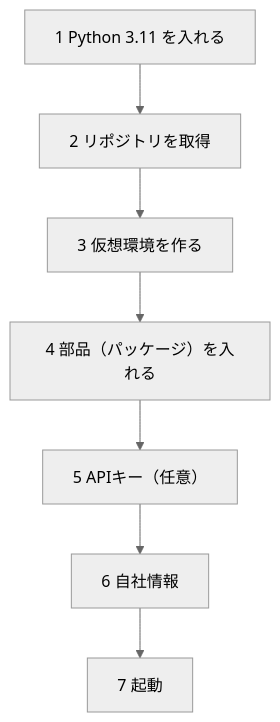
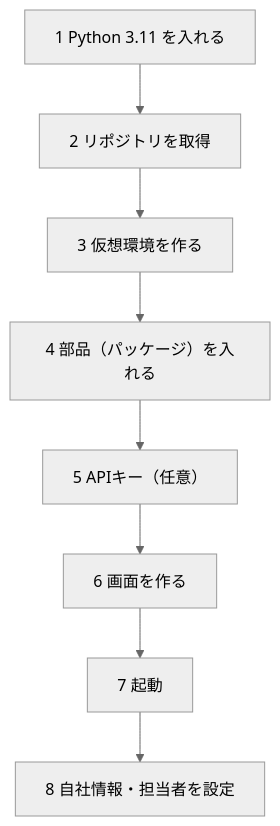
The first of 2 diagrams in docs/04_操作マニュアル.md (1975020t/step_analysis_for_automatic-estimate), drawn with Mermaid (neutral theme) before and after one commit. The commit also changed other lines of this file and 40 other files, not shown here.

````diff
--- a/docs/04_操作マニュアル.md
+++ b/docs/04_操作マニュアル.md
@@ -27,9 +31,10 @@
 ```mermaid 図 セットアップの流れ（最初に1回だけ）
 flowchart TD
   a[1 Python 3.11 を入れる] --> b[2 リポジトリを取得]
   b --> c[3 仮想環境を作る]
   c --> d[4 部品（パッケージ）を入れる]
   d --> e[5 APIキー（任意）]
-  e --> f[6 自社情報]
+  e --> f[6 画面を作る]
   f --> g[7 起動]
+  g --> h[8 自社情報・担当者を設定]
 ```
````
